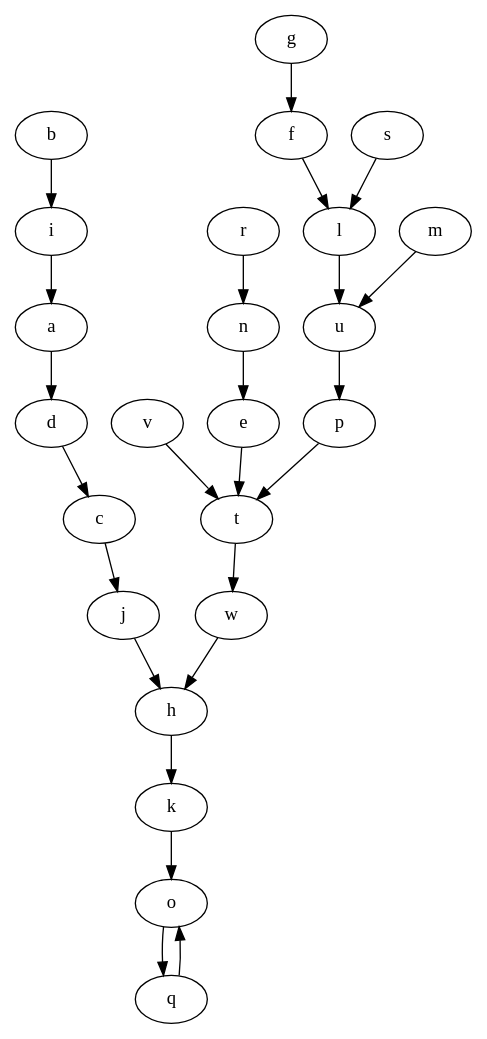
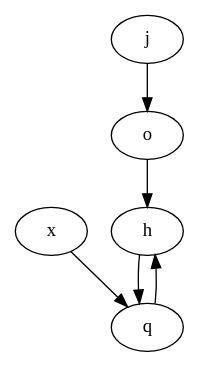
The diagram in samples/graphE.gv (ClayDowling/llintersections), drawn with Graphviz before and after one commit. The commit also changed 23 other files, not shown here.

```diff
--- a/samples/graphE.gv
+++ b/samples/graphE.gv
@@ -1,25 +1,7 @@
 digraph intersection {
-  k -> o
-  v -> t
-  f -> l
-  g -> f
-  o -> q
-  m -> u
-  c -> j
-  e -> t
-  j -> h
-  p -> t
-  d -> c
-  r -> n
-  h -> k
-  s -> l
-  i -> a
-  q -> o
-  l -> u
-  a -> d
-  b -> i
-  n -> e
-  w -> h
-  t -> w
-  u -> p
+  h -> q
+  j -> o
+  o -> h
+  q -> h
+  x -> q
 }
```
